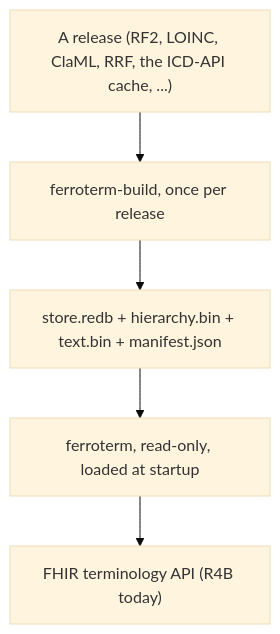
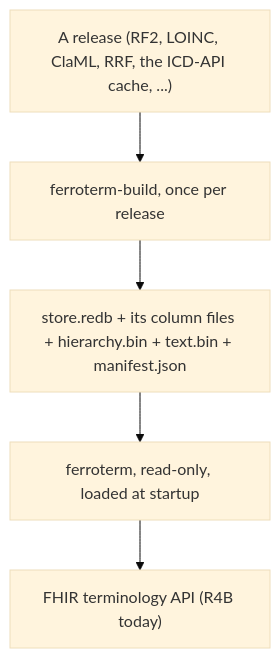
The diagram in website/book/src/evaluate/architecture.md (rubentalstra/FerroTERM), drawn with Mermaid (base theme) before and after one commit. The commit also changed other lines of this file and 35 other files, not shown here.

First line of the commit message:
perf(store): read each dense column from its own file, not out of the database (#653)

````diff
--- a/website/book/src/evaluate/architecture.md
+++ b/website/book/src/evaluate/architecture.md
@@ -15,7 +15,7 @@
 ```mermaid
 graph TD
     R["A release (RF2, LOINC, ClaML, RRF, the ICD-API cache, ...)"] --> BUILD["ferroterm-build, once per release"]
-    BUILD --> IDX["store.redb + hierarchy.bin + text.bin + manifest.json"]
+    BUILD --> IDX["store.redb + its column files + hierarchy.bin + text.bin + manifest.json"]
     IDX --> SRV["ferroterm, read-only, loaded at startup"]
     SRV --> API["FHIR terminology API (R4B today)"]
 ```
````
